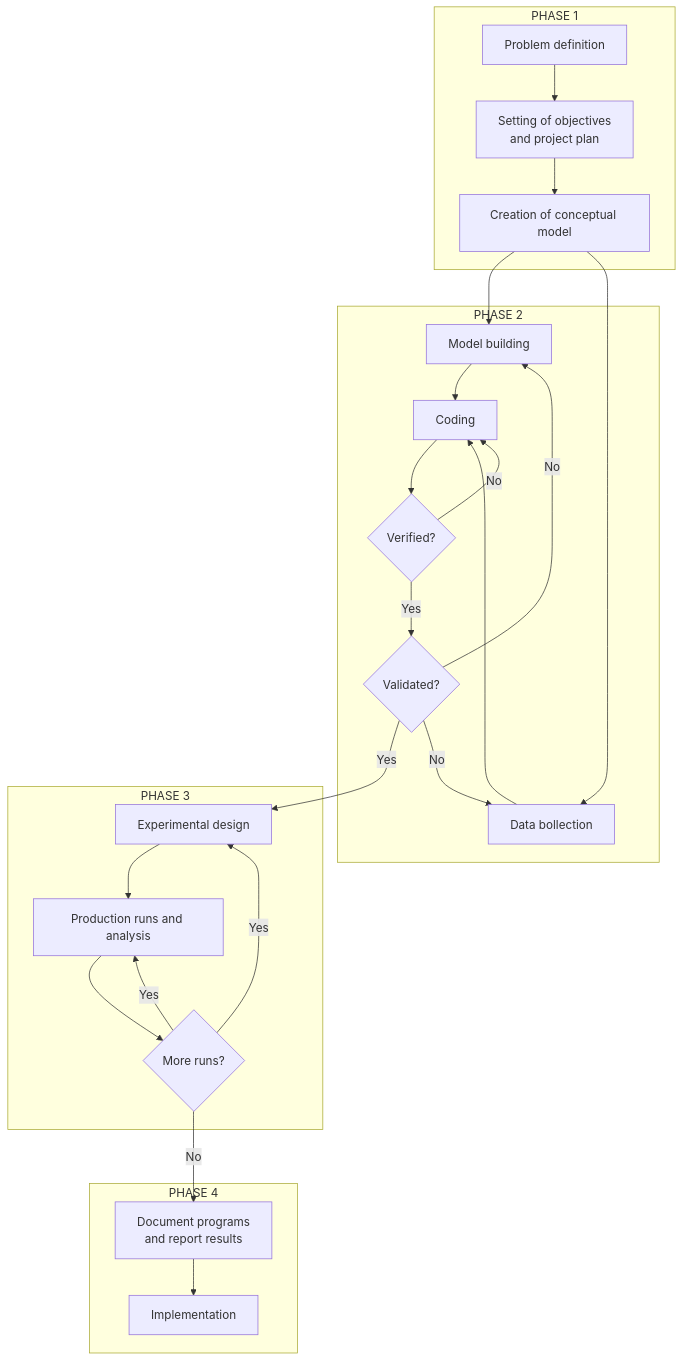
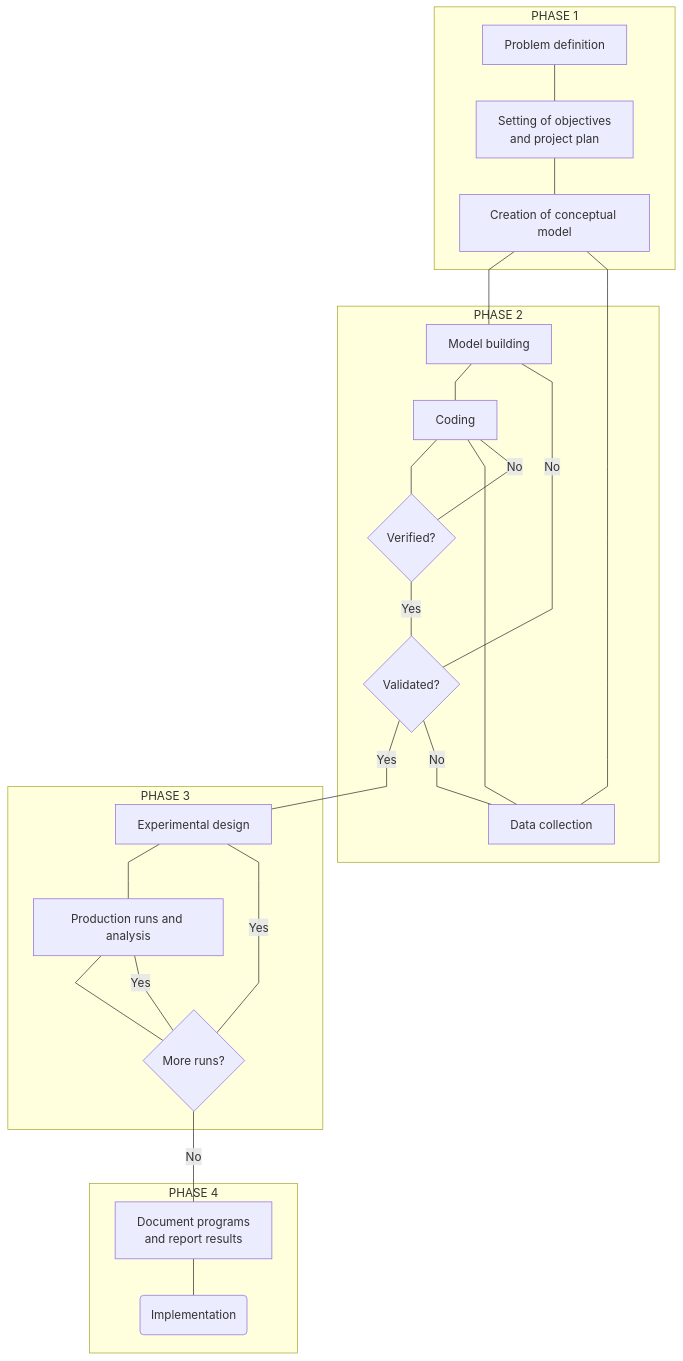
The third of 3 diagrams in 5th Semester/Simulation and Modelling/Simulation&Modelling.md (Firojpaudel/College-Notes), drawn with Mermaid before and after one commit.

````diff
--- a/5th Semester/Simulation and Modelling/Simulation&Modelling.md
+++ b/5th Semester/Simulation and Modelling/Simulation&Modelling.md
@@ -187,30 +187,32 @@
 ```mermaid
 graph TD
 	subgraph PHASE 1
-	    A[Problem definition] --> B[Setting of objectives<br>and project plan]
-	    B --> C[Creation of conceptual model]
+	    A[Problem definition] --- B[Setting of objectives<br>and project plan]
+	    B --- C[Creation of conceptual model]
     end
     subgraph PHASE 2
-	    C --> D[Model building]
-	    C --> E[Data bollection]
-	    E --> F
-	    D --> F[Coding]
-	    F --> G{Verified?}
-	    G -- Yes --> H{Validated?}
-	    G -- No --> F
+	    C --- D[Model building]
+	    C --- E[Data collection]
+	    E --- F
+	    D --- F[Coding]
+	    F --- G{Verified?}
+	    G -- Yes --- H{Validated?}
+	    G -- No --- F
 	end
 	subgraph PHASE 3
-	    H -- Yes --> I[Experimental design]
-	    H -- No --> E
-	    H -- No --> D
-	    I --> J[Production runs and analysis]
-	    J --> K{More runs?}
+	    H -- Yes --- I[Experimental design]
+	    H -- No --- E
+	    H -- No --- D
+	    I --- J[Production runs and analysis]
+	    J --- K{More runs?}
 	end
 	subgraph PHASE 4
-	    K -- Yes --> J
-	    K -- Yes --> I
-	    K -- No --> L[Document programs<br>and report results]
-	    L --> M[Implementation]
+	    K -- Yes --- J
+	    K -- Yes --- I
+	    K -- No --- L[Document programs<br>and report results]
+	    L --- M(Implementation)
 	end
 
+    linkStyle default interpolate linear
+
 ```
````
